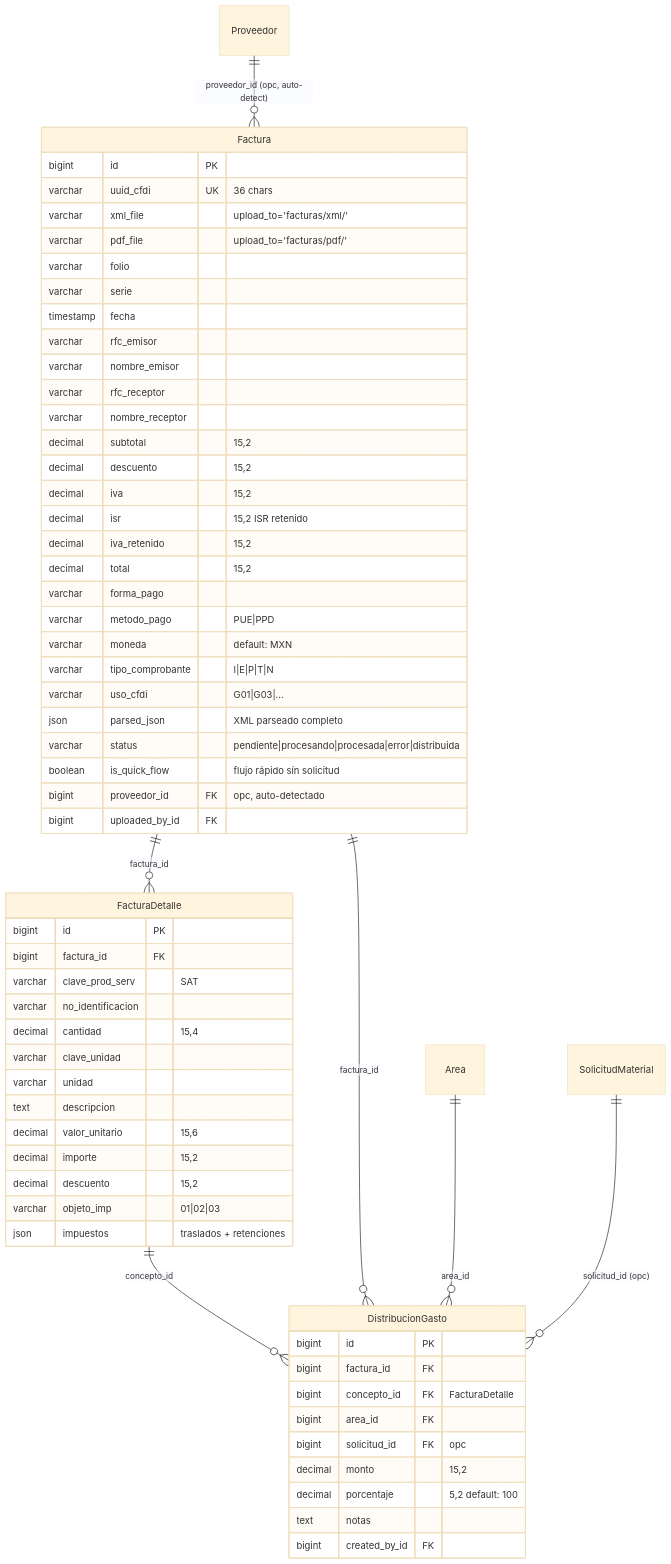
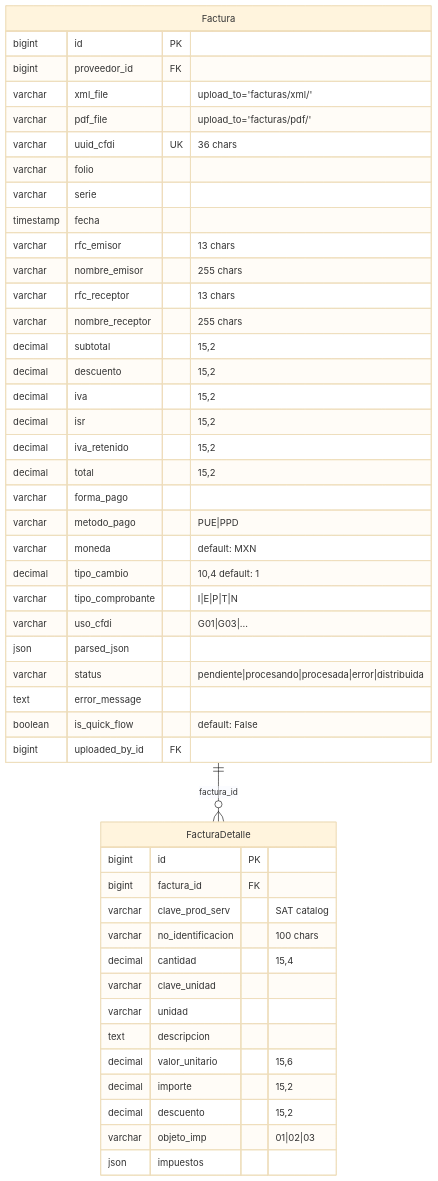
Before and after one commit to AsahioO/Gastos_Distribuidosv2: the eighth of 12 diagrams in docs/DATABASE.md, drawn with Mermaid (base theme). The commit also changed other lines of this file and 1 other file, not shown here.

First line of the commit message:
Add architecture diagrams for Gastos Distribuidos v2

````diff
--- a/docs/DATABASE.md
+++ b/docs/DATABASE.md
@@ -549,67 +556,52 @@
 ```mermaid
 erDiagram
-    Proveedor ||--o{ Factura : "proveedor_id (opc, auto-detect)"
     Factura ||--o{ FacturaDetalle : "factura_id"
-    FacturaDetalle ||--o{ DistribucionGasto : "concepto_id"
-    Factura ||--o{ DistribucionGasto : "factura_id"
-    Area ||--o{ DistribucionGasto : "area_id"
-    SolicitudMaterial ||--o{ DistribucionGasto : "solicitud_id (opc)"
 
     Factura {
         bigint id PK
-        varchar uuid_cfdi UK "36 chars"
+        bigint proveedor_id FK
         varchar xml_file "upload_to='facturas/xml/'"
         varchar pdf_file "upload_to='facturas/pdf/'"
+        varchar uuid_cfdi UK "36 chars"
         varchar folio
         varchar serie
         timestamp fecha
-        varchar rfc_emisor
-        varchar nombre_emisor
-        varchar rfc_receptor
-        varchar nombre_receptor
+        varchar rfc_emisor "13 chars"
+        varchar nombre_emisor "255 chars"
+        varchar rfc_receptor "13 chars"
+        varchar nombre_receptor "255 chars"
         decimal subtotal "15,2"
         decimal descuento "15,2"
         decimal iva "15,2"
-        decimal isr "15,2 ISR retenido"
+        decimal isr "15,2"
         decimal iva_retenido "15,2"
         decimal total "15,2"
         varchar forma_pago
         varchar metodo_pago "PUE|PPD"
         varchar moneda "default: MXN"
+        decimal tipo_cambio "10,4 default: 1"
         varchar tipo_comprobante "I|E|P|T|N"
         varchar uso_cfdi "G01|G03|..."
-        json parsed_json "XML parseado completo"
+        json parsed_json
         varchar status "pendiente|procesando|procesada|error|distribuida"
-        boolean is_quick_flow "flujo rápido sín solicitud"
-        bigint proveedor_id FK "opc, auto-detectado"
+        text error_message
+        boolean is_quick_flow "default: False"
         bigint uploaded_by_id FK
     }
 
     FacturaDetalle {
         bigint id PK
         bigint factura_id FK
-        varchar clave_prod_serv "SAT"
-        varchar no_identificacion
+        varchar clave_prod_serv "SAT catalog"
+        varchar no_identificacion "100 chars"
         decimal cantidad "15,4"
         varchar clave_unidad
         varchar unidad
         text descripcion
         decimal valor_unitario "15,6"
         decimal importe "15,2"
         decimal descuento "15,2"
         varchar objeto_imp "01|02|03"
-        json impuestos "traslados + retenciones"
-    }
-
-    DistribucionGasto {
-        bigint id PK
-        bigint factura_id FK
-        bigint concepto_id FK "FacturaDetalle"
-        bigint area_id FK
-        bigint solicitud_id FK "opc"
-        decimal monto "15,2"
-        decimal porcentaje "5,2 default: 100"
-        text notas
-        bigint created_by_id FK
+        json impuestos
     }
 ```
````
